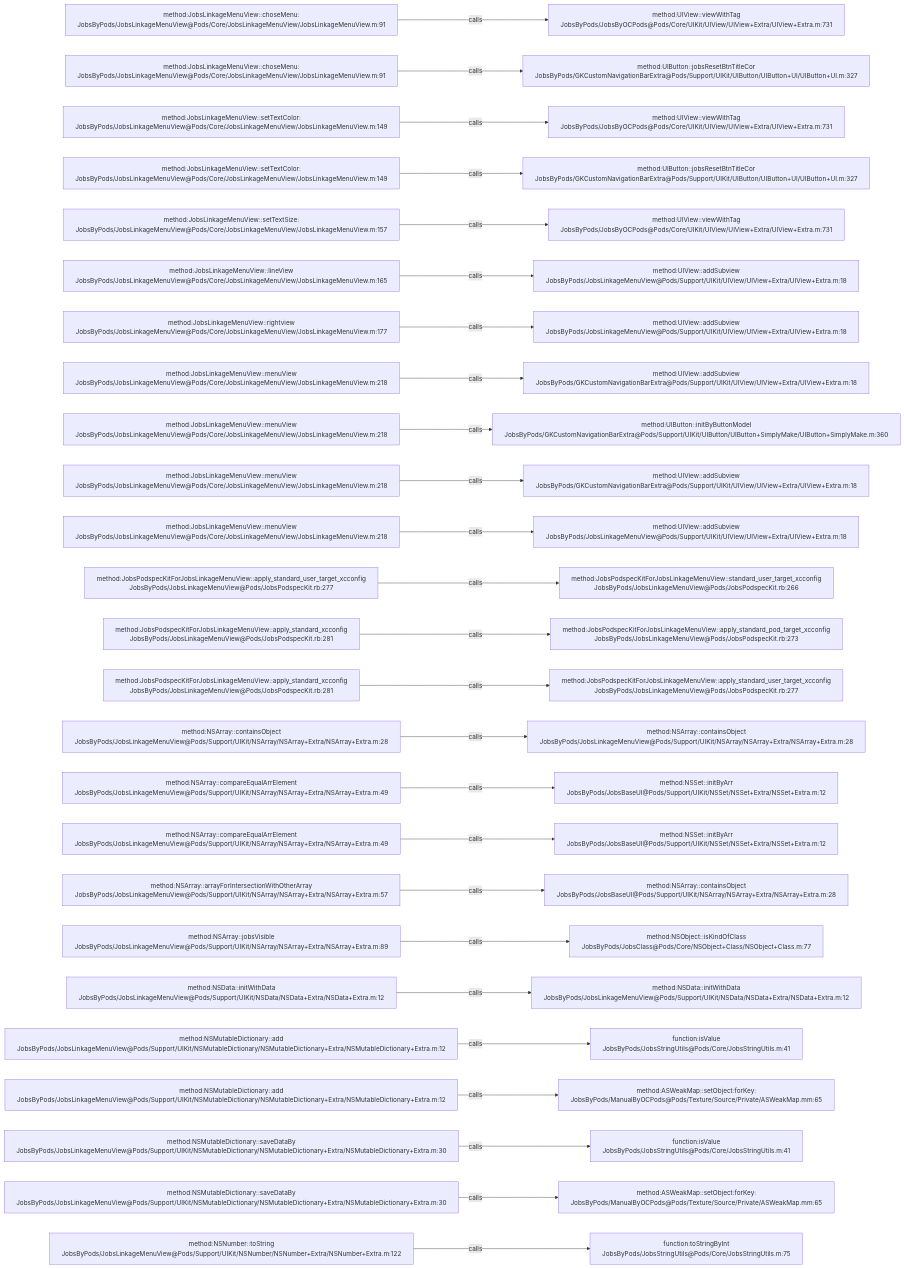
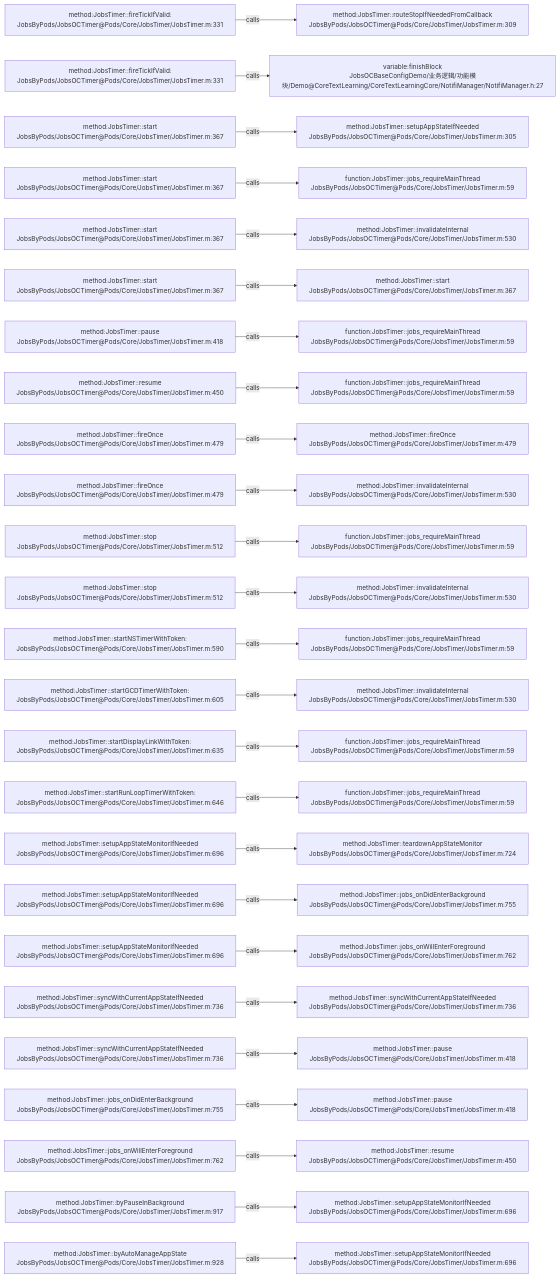
One commit to JobsKits/JobsOCBaseConfigDemo changed the diagram in .codegraph/codegraph.md/graphs/calls-097.md. Above: the diagram before and after it, drawn with Mermaid. The commit also changed 573 other files, not shown here.

````diff
--- a/.codegraph/codegraph.md/graphs/calls-097.md
+++ b/.codegraph/codegraph.md/graphs/calls-097.md
@@ -13,78 +13,78 @@
 ```mermaid
 flowchart LR
-  S1["method:JobsLinkageMenuView::choseMenu:<br/>JobsByPods/JobsLinkageMenuView@Pods/Core/JobsLinkageMenuView/JobsLinkageMenuView.m:91"]
-  T1["method:UIView::viewWithTag<br/>JobsByPods/JobsByOCPods@Pods/Core/UIKit/UIView/UIView+Extra/UIView+Extra.m:731"]
+  S1["method:JobsTimer::fireTickIfValid:<br/>JobsByPods/JobsOCTimer@Pods/Core/JobsTimer/JobsTimer.m:331"]
+  T1["method:JobsTimer::routeStopIfNeededFromCallback<br/>JobsByPods/JobsOCTimer@Pods/Core/JobsTimer/JobsTimer.m:309"]
   S1 -->|calls| T1
-  S2["method:JobsLinkageMenuView::choseMenu:<br/>JobsByPods/JobsLinkageMenuView@Pods/Core/JobsLinkageMenuView/JobsLinkageMenuView.m:91"]
-  T2["method:UIButton::jobsResetBtnTitleCor<br/>JobsByPods/GKCustomNavigationBarExtra@Pods/Support/UIKit/UIButton/UIButton+UI/UIButton+UI.m:327"]
+  S2["method:JobsTimer::fireTickIfValid:<br/>JobsByPods/JobsOCTimer@Pods/Core/JobsTimer/JobsTimer.m:331"]
+  T2["variable:finishBlock<br/>JobsOCBaseConfigDemo/业务逻辑/功能模块/Demo@CoreTextLearning/CoreTextLearningCore/NotifiManager/NotifiManager.h:27"]
   S2 -->|calls| T2
-  S3["method:JobsLinkageMenuView::setTextColor:<br/>JobsByPods/JobsLinkageMenuView@Pods/Core/JobsLinkageMenuView/JobsLinkageMenuView.m:149"]
-  T3["method:UIView::viewWithTag<br/>JobsByPods/JobsByOCPods@Pods/Core/UIKit/UIView/UIView+Extra/UIView+Extra.m:731"]
+  S3["method:JobsTimer::start<br/>JobsByPods/JobsOCTimer@Pods/Core/JobsTimer/JobsTimer.m:367"]
+  T3["method:JobsTimer::setupAppStateIfNeeded<br/>JobsByPods/JobsOCTimer@Pods/Core/JobsTimer/JobsTimer.m:305"]
   S3 -->|calls| T3
-  S4["method:JobsLinkageMenuView::setTextColor:<br/>JobsByPods/JobsLinkageMenuView@Pods/Core/JobsLinkageMenuView/JobsLinkageMenuView.m:149"]
-  T4["method:UIButton::jobsResetBtnTitleCor<br/>JobsByPods/GKCustomNavigationBarExtra@Pods/Support/UIKit/UIButton/UIButton+UI/UIButton+UI.m:327"]
+  S4["method:JobsTimer::start<br/>JobsByPods/JobsOCTimer@Pods/Core/JobsTimer/JobsTimer.m:367"]
+  T4["function:JobsTimer::jobs_requireMainThread<br/>JobsByPods/JobsOCTimer@Pods/Core/JobsTimer/JobsTimer.m:59"]
   S4 -->|calls| T4
-  S5["method:JobsLinkageMenuView::setTextSize:<br/>JobsByPods/JobsLinkageMenuView@Pods/Core/JobsLinkageMenuView/JobsLinkageMenuView.m:157"]
-  T5["method:UIView::viewWithTag<br/>JobsByPods/JobsByOCPods@Pods/Core/UIKit/UIView/UIView+Extra/UIView+Extra.m:731"]
+  S5["method:JobsTimer::start<br/>JobsByPods/JobsOCTimer@Pods/Core/JobsTimer/JobsTimer.m:367"]
+  T5["method:JobsTimer::invalidateInternal<br/>JobsByPods/JobsOCTimer@Pods/Core/JobsTimer/JobsTimer.m:530"]
   S5 -->|calls| T5
-  S6["method:JobsLinkageMenuView::lineView<br/>JobsByPods/JobsLinkageMenuView@Pods/Core/JobsLinkageMenuView/JobsLinkageMenuView.m:165"]
-  T6["method:UIView::addSubview<br/>JobsByPods/JobsLinkageMenuView@Pods/Support/UIKit/UIView/UIView+Extra/UIView+Extra.m:18"]
+  S6["method:JobsTimer::start<br/>JobsByPods/JobsOCTimer@Pods/Core/JobsTimer/JobsTimer.m:367"]
+  T6["method:JobsTimer::start<br/>JobsByPods/JobsOCTimer@Pods/Core/JobsTimer/JobsTimer.m:367"]
   S6 -->|calls| T6
-  S7["method:JobsLinkageMenuView::rightview<br/>JobsByPods/JobsLinkageMenuView@Pods/Core/JobsLinkageMenuView/JobsLinkageMenuView.m:177"]
-  T7["method:UIView::addSubview<br/>JobsByPods/JobsLinkageMenuView@Pods/Support/UIKit/UIView/UIView+Extra/UIView+Extra.m:18"]
+  S7["method:JobsTimer::pause<br/>JobsByPods/JobsOCTimer@Pods/Core/JobsTimer/JobsTimer.m:418"]
+  T7["function:JobsTimer::jobs_requireMainThread<br/>JobsByPods/JobsOCTimer@Pods/Core/JobsTimer/JobsTimer.m:59"]
   S7 -->|calls| T7
-  S8["method:JobsLinkageMenuView::menuView<br/>JobsByPods/JobsLinkageMenuView@Pods/Core/JobsLinkageMenuView/JobsLinkageMenuView.m:218"]
-  T8["method:UIView::addSubview<br/>JobsByPods/GKCustomNavigationBarExtra@Pods/Support/UIKit/UIView/UIView+Extra/UIView+Extra.m:18"]
+  S8["method:JobsTimer::resume<br/>JobsByPods/JobsOCTimer@Pods/Core/JobsTimer/JobsTimer.m:450"]
+  T8["function:JobsTimer::jobs_requireMainThread<br/>JobsByPods/JobsOCTimer@Pods/Core/JobsTimer/JobsTimer.m:59"]
   S8 -->|calls| T8
-  S9["method:JobsLinkageMenuView::menuView<br/>JobsByPods/JobsLinkageMenuView@Pods/Core/JobsLinkageMenuView/JobsLinkageMenuView.m:218"]
-  T9["method:UIButton::initByButtonModel<br/>JobsByPods/GKCustomNavigationBarExtra@Pods/Support/UIKit/UIButton/UIButton+SimplyMake/UIButton+SimplyMake.m:360"]
+  S9["method:JobsTimer::fireOnce<br/>JobsByPods/JobsOCTimer@Pods/Core/JobsTimer/JobsTimer.m:479"]
+  T9["method:JobsTimer::fireOnce<br/>JobsByPods/JobsOCTimer@Pods/Core/JobsTimer/JobsTimer.m:479"]
   S9 -->|calls| T9
-  S10["method:JobsLinkageMenuView::menuView<br/>JobsByPods/JobsLinkageMenuView@Pods/Core/JobsLinkageMenuView/JobsLinkageMenuView.m:218"]
-  T10["method:UIView::addSubview<br/>JobsByPods/GKCustomNavigationBarExtra@Pods/Support/UIKit/UIView/UIView+Extra/UIView+Extra.m:18"]
+  S10["method:JobsTimer::fireOnce<br/>JobsByPods/JobsOCTimer@Pods/Core/JobsTimer/JobsTimer.m:479"]
+  T10["method:JobsTimer::invalidateInternal<br/>JobsByPods/JobsOCTimer@Pods/Core/JobsTimer/JobsTimer.m:530"]
   S10 -->|calls| T10
-  S11["method:JobsLinkageMenuView::menuView<br/>JobsByPods/JobsLinkageMenuView@Pods/Core/JobsLinkageMenuView/JobsLinkageMenuView.m:218"]
-  T11["method:UIView::addSubview<br/>JobsByPods/JobsLinkageMenuView@Pods/Support/UIKit/UIView/UIView+Extra/UIView+Extra.m:18"]
+  S11["method:JobsTimer::stop<br/>JobsByPods/JobsOCTimer@Pods/Core/JobsTimer/JobsTimer.m:512"]
+  T11["function:JobsTimer::jobs_requireMainThread<br/>JobsByPods/JobsOCTimer@Pods/Core/JobsTimer/JobsTimer.m:59"]
   S11 -->|calls| T11
-  S12["method:JobsPodspecKitForJobsLinkageMenuView::apply_standard_user_target_xcconfig<br/>JobsByPods/JobsLinkageMenuView@Pods/JobsPodspecKit.rb:277"]
-  T12["method:JobsPodspecKitForJobsLinkageMenuView::standard_user_target_xcconfig<br/>JobsByPods/JobsLinkageMenuView@Pods/JobsPodspecKit.rb:266"]
+  S12["method:JobsTimer::stop<br/>JobsByPods/JobsOCTimer@Pods/Core/JobsTimer/JobsTimer.m:512"]
+  T12["method:JobsTimer::invalidateInternal<br/>JobsByPods/JobsOCTimer@Pods/Core/JobsTimer/JobsTimer.m:530"]
   S12 -->|calls| T12
-  S13["method:JobsPodspecKitForJobsLinkageMenuView::apply_standard_xcconfig<br/>JobsByPods/JobsLinkageMenuView@Pods/JobsPodspecKit.rb:281"]
-  T13["method:JobsPodspecKitForJobsLinkageMenuView::apply_standard_pod_target_xcconfig<br/>JobsByPods/JobsLinkageMenuView@Pods/JobsPodspecKit.rb:273"]
+  S13["method:JobsTimer::startNSTimerWithToken:<br/>JobsByPods/JobsOCTimer@Pods/Core/JobsTimer/JobsTimer.m:590"]
+  T13["function:JobsTimer::jobs_requireMainThread<br/>JobsByPods/JobsOCTimer@Pods/Core/JobsTimer/JobsTimer.m:59"]
   S13 -->|calls| T13
-  S14["method:JobsPodspecKitForJobsLinkageMenuView::apply_standard_xcconfig<br/>JobsByPods/JobsLinkageMenuView@Pods/JobsPodspecKit.rb:281"]
-  T14["method:JobsPodspecKitForJobsLinkageMenuView::apply_standard_user_target_xcconfig<br/>JobsByPods/JobsLinkageMenuView@Pods/JobsPodspecKit.rb:277"]
+  S14["method:JobsTimer::startGCDTimerWithToken:<br/>JobsByPods/JobsOCTimer@Pods/Core/JobsTimer/JobsTimer.m:605"]
+  T14["method:JobsTimer::invalidateInternal<br/>JobsByPods/JobsOCTimer@Pods/Core/JobsTimer/JobsTimer.m:530"]
   S14 -->|calls| T14
-  S15["method:NSArray::containsObject<br/>JobsByPods/JobsLinkageMenuView@Pods/Support/UIKit/NSArray/NSArray+Extra/NSArray+Extra.m:28"]
-  T15["method:NSArray::containsObject<br/>JobsByPods/JobsLinkageMenuView@Pods/Support/UIKit/NSArray/NSArray+Extra/NSArray+Extra.m:28"]
+  S15["method:JobsTimer::startDisplayLinkWithToken:<br/>JobsByPods/JobsOCTimer@Pods/Core/JobsTimer/JobsTimer.m:635"]
+  T15["function:JobsTimer::jobs_requireMainThread<br/>JobsByPods/JobsOCTimer@Pods/Core/JobsTimer/JobsTimer.m:59"]
   S15 -->|calls| T15
-  S16["method:NSArray::compareEqualArrElement<br/>JobsByPods/JobsLinkageMenuView@Pods/Support/UIKit/NSArray/NSArray+Extra/NSArray+Extra.m:49"]
-  T16["method:NSSet::initByArr<br/>JobsByPods/JobsBaseUI@Pods/Support/UIKit/NSSet/NSSet+Extra/NSSet+Extra.m:12"]
+  S16["method:JobsTimer::startRunLoopTimerWithToken:<br/>JobsByPods/JobsOCTimer@Pods/Core/JobsTimer/JobsTimer.m:646"]
+  T16["function:JobsTimer::jobs_requireMainThread<br/>JobsByPods/JobsOCTimer@Pods/Core/JobsTimer/JobsTimer.m:59"]
   S16 -->|calls| T16
-  S17["method:NSArray::compareEqualArrElement<br/>JobsByPods/JobsLinkageMenuView@Pods/Support/UIKit/NSArray/NSArray+Extra/NSArray+Extra.m:49"]
-  T17["method:NSSet::initByArr<br/>JobsByPods/JobsBaseUI@Pods/Support/UIKit/NSSet/NSSet+Extra/NSSet+Extra.m:12"]
+  S17["method:JobsTimer::setupAppStateMonitorIfNeeded<br/>JobsByPods/JobsOCTimer@Pods/Core/JobsTimer/JobsTimer.m:696"]
+  T17["method:JobsTimer::teardownAppStateMonitor<br/>JobsByPods/JobsOCTimer@Pods/Core/JobsTimer/JobsTimer.m:724"]
   S17 -->|calls| T17
-  S18["method:NSArray::arrayForIntersectionWithOtherArray<br/>JobsByPods/JobsLinkageMenuView@Pods/Support/UIKit/NSArray/NSArray+Extra/NSArray+Extra.m:57"]
-  T18["method:NSArray::containsObject<br/>JobsByPods/JobsBaseUI@Pods/Support/UIKit/NSArray/NSArray+Extra/NSArray+Extra.m:28"]
+  S18["method:JobsTimer::setupAppStateMonitorIfNeeded<br/>JobsByPods/JobsOCTimer@Pods/Core/JobsTimer/JobsTimer.m:696"]
+  T18["method:JobsTimer::jobs_onDidEnterBackground<br/>JobsByPods/JobsOCTimer@Pods/Core/JobsTimer/JobsTimer.m:755"]
   S18 -->|calls| T18
-  S19["method:NSArray::jobsVisible<br/>JobsByPods/JobsLinkageMenuView@Pods/Support/UIKit/NSArray/NSArray+Extra/NSArray+Extra.m:89"]
-  T19["method:NSObject::isKindOfClass<br/>JobsByPods/JobsClass@Pods/Core/NSObject+Class/NSObject+Class.m:77"]
+  S19["method:JobsTimer::setupAppStateMonitorIfNeeded<br/>JobsByPods/JobsOCTimer@Pods/Core/JobsTimer/JobsTimer.m:696"]
+  T19["method:JobsTimer::jobs_onWillEnterForeground<br/>JobsByPods/JobsOCTimer@Pods/Core/JobsTimer/JobsTimer.m:762"]
   S19 -->|calls| T19
-  S20["method:NSData::initWithData<br/>JobsByPods/JobsLinkageMenuView@Pods/Support/UIKit/NSData/NSData+Extra/NSData+Extra.m:12"]
-  T20["method:NSData::initWithData<br/>JobsByPods/JobsLinkageMenuView@Pods/Support/UIKit/NSData/NSData+Extra/NSData+Extra.m:12"]
+  S20["method:JobsTimer::syncWithCurrentAppStateIfNeeded<br/>JobsByPods/JobsOCTimer@Pods/Core/JobsTimer/JobsTimer.m:736"]
+  T20["method:JobsTimer::syncWithCurrentAppStateIfNeeded<br/>JobsByPods/JobsOCTimer@Pods/Core/JobsTimer/JobsTimer.m:736"]
   S20 -->|calls| T20
-  S21["method:NSMutableDictionary::add<br/>JobsByPods/JobsLinkageMenuView@Pods/Support/UIKit/NSMutableDictionary/NSMutableDictionary+Extra/NSMutableDictionary+Extra.m:12"]
-  T21["function:isValue<br/>JobsByPods/JobsStringUtils@Pods/Core/JobsStringUtils.m:41"]
+  S21["method:JobsTimer::syncWithCurrentAppStateIfNeeded<br/>JobsByPods/JobsOCTimer@Pods/Core/JobsTimer/JobsTimer.m:736"]
+  T21["method:JobsTimer::pause<br/>JobsByPods/JobsOCTimer@Pods/Core/JobsTimer/JobsTimer.m:418"]
   S21 -->|calls| T21
-  S22["method:NSMutableDictionary::add<br/>JobsByPods/JobsLinkageMenuView@Pods/Support/UIKit/NSMutableDictionary/NSMutableDictionary+Extra/NSMutableDictionary+Extra.m:12"]
-  T22["method:ASWeakMap::setObject:forKey:<br/>JobsByPods/ManualByOCPods@Pods/Texture/Source/Private/ASWeakMap.mm:65"]
+  S22["method:JobsTimer::jobs_onDidEnterBackground<br/>JobsByPods/JobsOCTimer@Pods/Core/JobsTimer/JobsTimer.m:755"]
+  T22["method:JobsTimer::pause<br/>JobsByPods/JobsOCTimer@Pods/Core/JobsTimer/JobsTimer.m:418"]
   S22 -->|calls| T22
-  S23["method:NSMutableDictionary::saveDataBy<br/>JobsByPods/JobsLinkageMenuView@Pods/Support/UIKit/NSMutableDictionary/NSMutableDictionary+Extra/NSMutableDictionary+Extra.m:30"]
-  T23["function:isValue<br/>JobsByPods/JobsStringUtils@Pods/Core/JobsStringUtils.m:41"]
+  S23["method:JobsTimer::jobs_onWillEnterForeground<br/>JobsByPods/JobsOCTimer@Pods/Core/JobsTimer/JobsTimer.m:762"]
+  T23["method:JobsTimer::resume<br/>JobsByPods/JobsOCTimer@Pods/Core/JobsTimer/JobsTimer.m:450"]
   S23 -->|calls| T23
-  S24["method:NSMutableDictionary::saveDataBy<br/>JobsByPods/JobsLinkageMenuView@Pods/Support/UIKit/NSMutableDictionary/NSMutableDictionary+Extra/NSMutableDictionary+Extra.m:30"]
-  T24["method:ASWeakMap::setObject:forKey:<br/>JobsByPods/ManualByOCPods@Pods/Texture/Source/Private/ASWeakMap.mm:65"]
+  S24["method:JobsTimer::byPauseInBackground<br/>JobsByPods/JobsOCTimer@Pods/Core/JobsTimer/JobsTimer.m:917"]
+  T24["method:JobsTimer::setupAppStateMonitorIfNeeded<br/>JobsByPods/JobsOCTimer@Pods/Core/JobsTimer/JobsTimer.m:696"]
   S24 -->|calls| T24
-  S25["method:NSNumber::toString<br/>JobsByPods/JobsLinkageMenuView@Pods/Support/UIKit/NSNumber/NSNumber+Extra/NSNumber+Extra.m:122"]
-  T25["function:toStringByInt<br/>JobsByPods/JobsStringUtils@Pods/Core/JobsStringUtils.m:75"]
+  S25["method:JobsTimer::byAutoManageAppState<br/>JobsByPods/JobsOCTimer@Pods/Core/JobsTimer/JobsTimer.m:928"]
+  T25["method:JobsTimer::setupAppStateMonitorIfNeeded<br/>JobsByPods/JobsOCTimer@Pods/Core/JobsTimer/JobsTimer.m:696"]
   S25 -->|calls| T25
 ```
````
